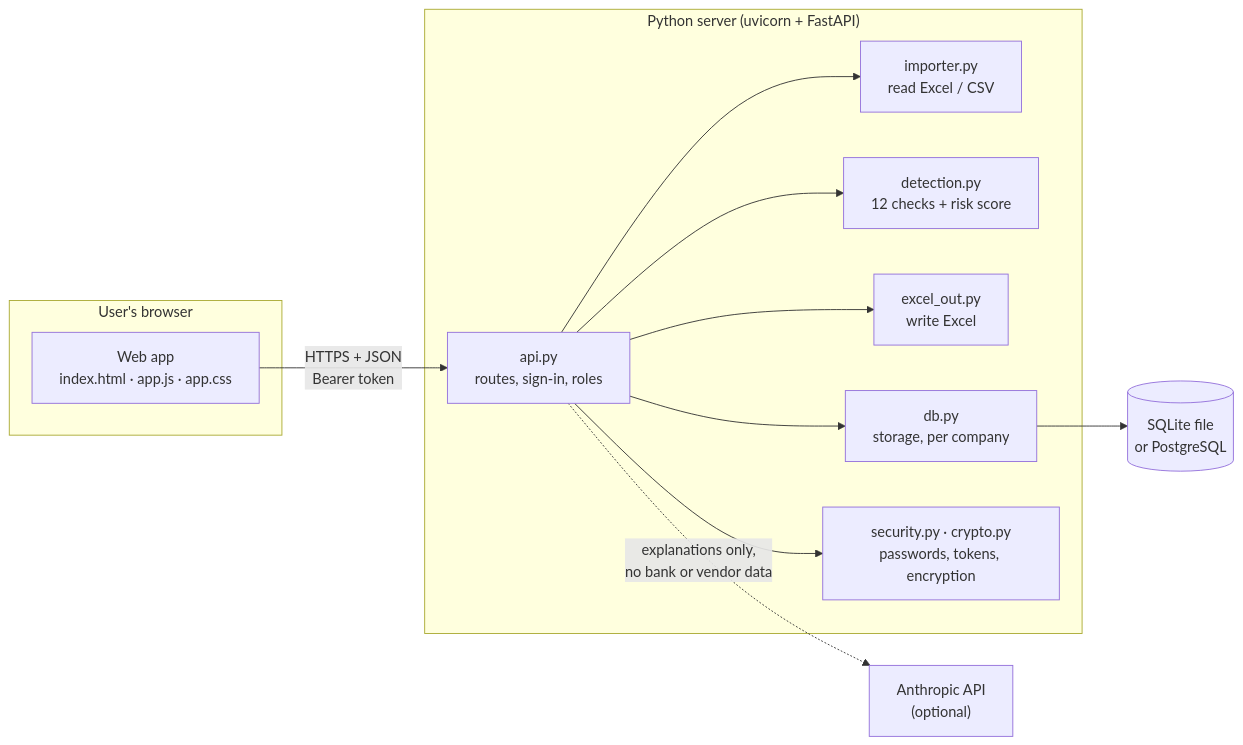
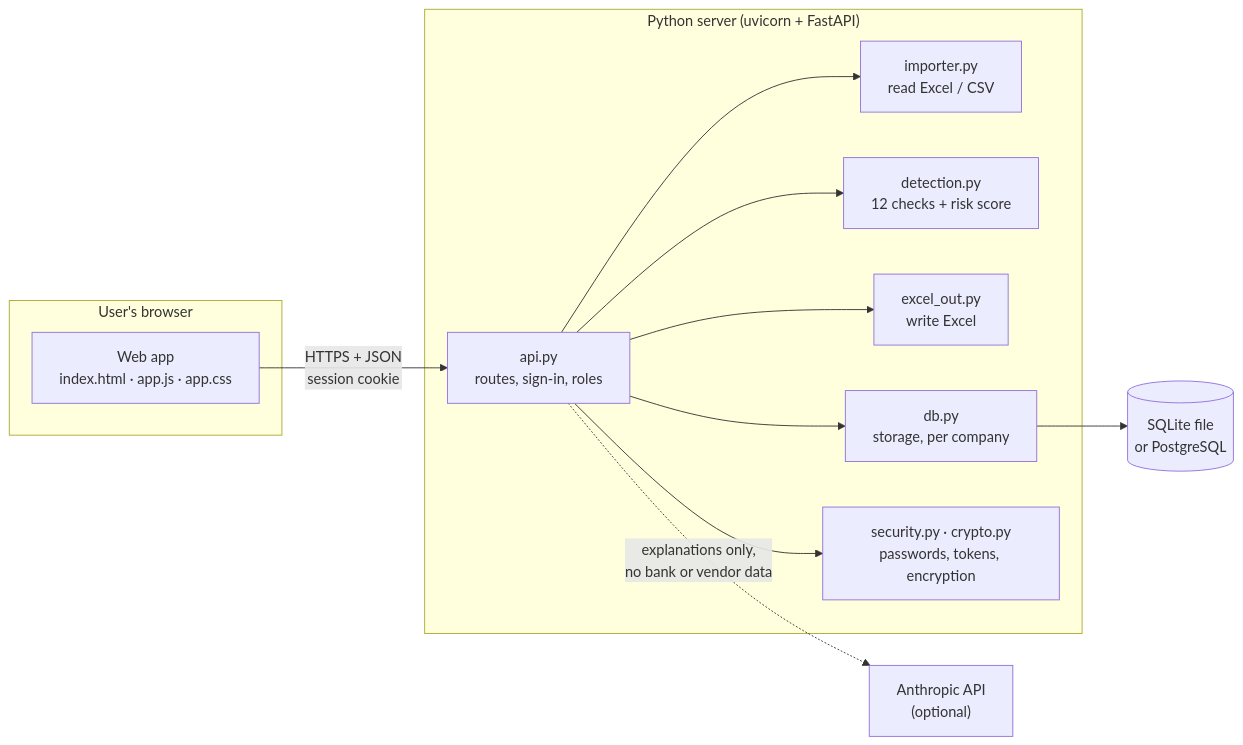
One commit to cam123-cpu/Invoice-Anomaly-Detector changed the first of 9 diagrams in docs/HOW-IT-WORKS.md. Above: the diagram before and after it, drawn with Mermaid. The commit also changed other lines of this file and 7 other files, not shown here.

````diff
--- a/docs/HOW-IT-WORKS.md
+++ b/docs/HOW-IT-WORKS.md
@@ -62,24 +62,24 @@
 ```mermaid
 flowchart LR
     subgraph Browser["User's browser"]
         UI["Web app<br/>index.html · app.js · app.css"]
     end
     subgraph Server["Python server (uvicorn + FastAPI)"]
         API["api.py<br/>routes, sign-in, roles"]
         IMP["importer.py<br/>read Excel / CSV"]
         DET["detection.py<br/>12 checks + risk score"]
         XO["excel_out.py<br/>write Excel"]
         DB["db.py<br/>storage, per company"]
         SEC["security.py · crypto.py<br/>passwords, tokens, encryption"]
     end
     STORE[("SQLite file<br/>or PostgreSQL")]
     LLM["Anthropic API<br/>(optional)"]
-    UI -- "HTTPS + JSON<br/>Bearer token" --> API
+    UI -- "HTTPS + JSON<br/>session cookie" --> API
     API --> IMP
     API --> DET
     API --> XO
     API --> DB
     API --> SEC
     DB --> STORE
     API -. "explanations only,<br/>no bank or vendor data" .-> LLM
 ```
````
